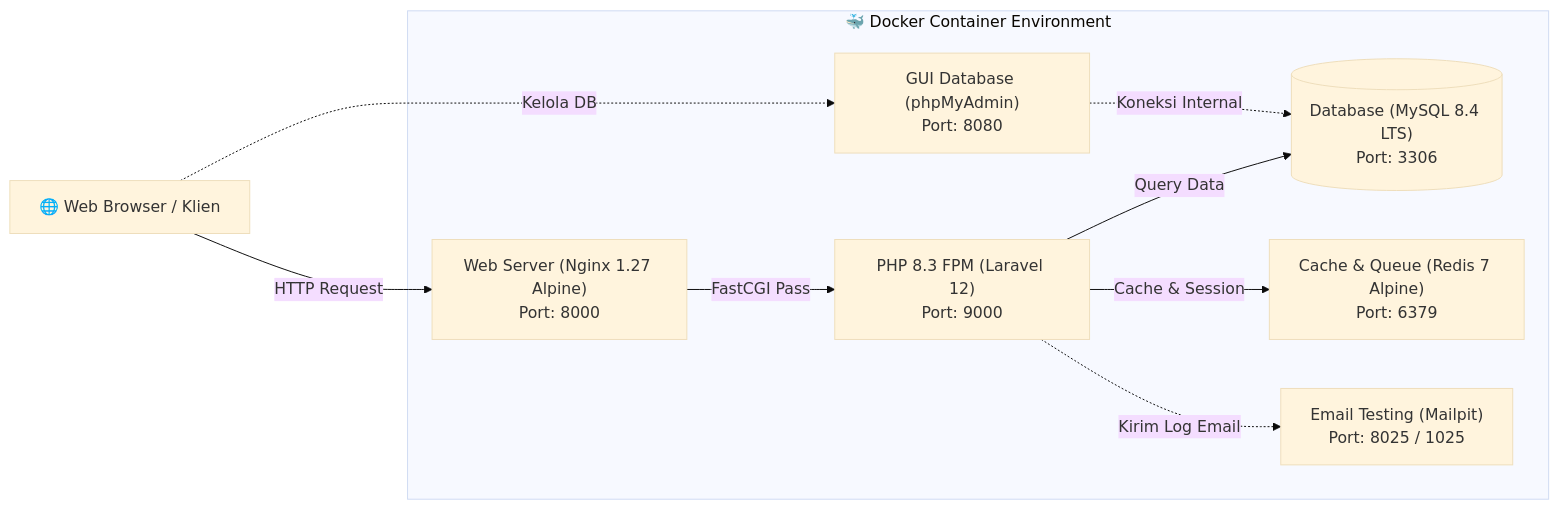
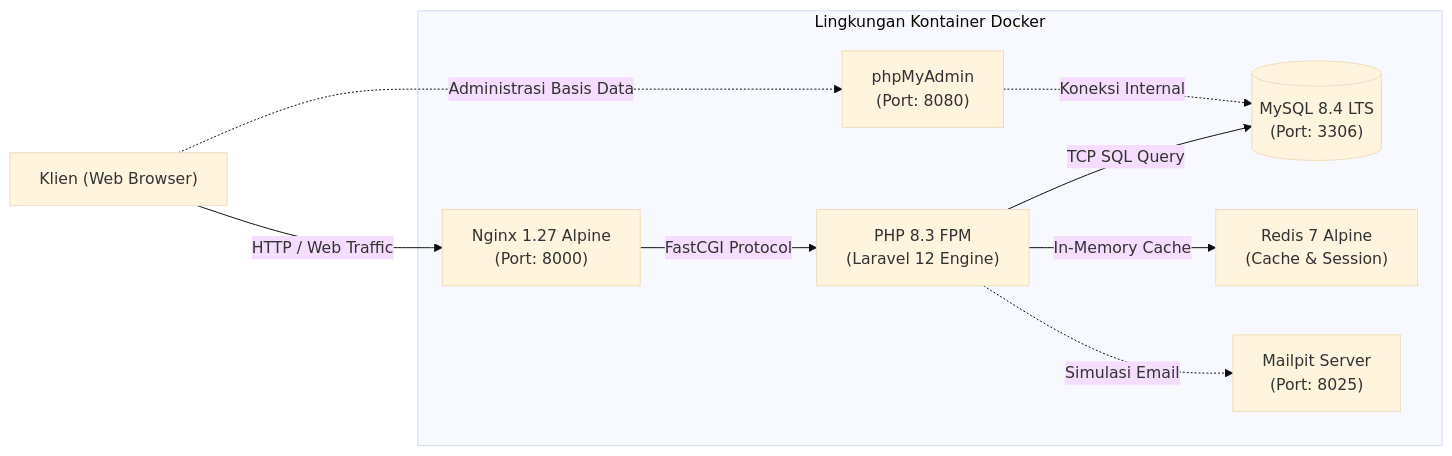
Before and after one commit to lnbakti/e-surat-bpkad: the diagram in README.md, drawn with Mermaid (base theme). The commit also changed other lines of this file, not shown here.

````diff
--- a/README.md
+++ b/README.md
@@ -76,21 +85,21 @@
 ```mermaid
 flowchart LR
-    Client["🌐 Web Browser / Klien"]
+    Client["Klien (Web Browser)"]
     
-    subgraph DockerHost["🐳 Docker Container Environment"]
-        Nginx["Web Server (Nginx 1.27 Alpine)\nPort: 8000"]
-        PHP["PHP 8.3 FPM (Laravel 12)\nPort: 9000"]
-        MySQL[("Database (MySQL 8.4 LTS)\nPort: 3306")]
-        Redis["Cache & Queue (Redis 7 Alpine)\nPort: 6379"]
-        PMA["GUI Database (phpMyAdmin)\nPort: 8080"]
-        Mailpit["Email Testing (Mailpit)\nPort: 8025 / 1025"]
+    subgraph Host["Lingkungan Kontainer Docker"]
+        Nginx["Nginx 1.27 Alpine\n(Port: 8000)"]
+        FPM["PHP 8.3 FPM\n(Laravel 12 Engine)"]
+        MySQL[("MySQL 8.4 LTS\n(Port: 3306)")]
+        Redis["Redis 7 Alpine\n(Cache & Session)"]
+        PMA["phpMyAdmin\n(Port: 8080)"]
+        Mailpit["Mailpit Server\n(Port: 8025)"]
     end
 
-    Client -->|HTTP Request| Nginx
-    Nginx -->|FastCGI Pass| PHP
-    PHP -->|Query Data| MySQL
-    PHP -->|Cache & Session| Redis
-    Client -.->|Kelola DB| PMA
+    Client -->|HTTP / Web Traffic| Nginx
+    Nginx -->|FastCGI Protocol| FPM
+    FPM -->|TCP SQL Query| MySQL
+    FPM -->|In-Memory Cache| Redis
+    FPM -.->|Simulasi Email| Mailpit
+    Client -.->|Administrasi Basis Data| PMA
     PMA -.->|Koneksi Internal| MySQL
-    PHP -.->|Kirim Log Email| Mailpit
 ```
````
